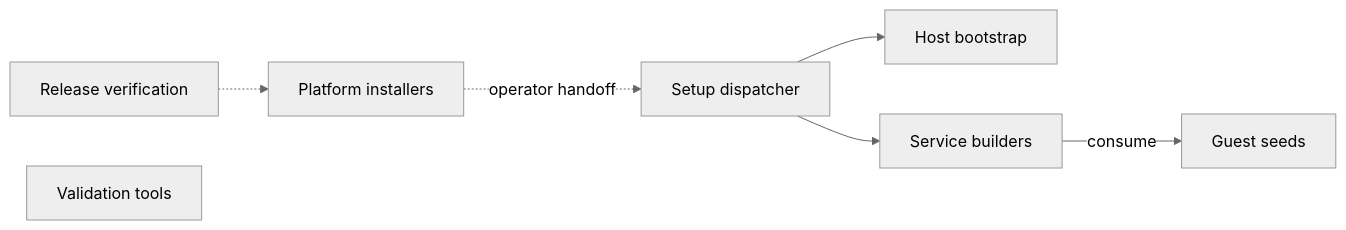
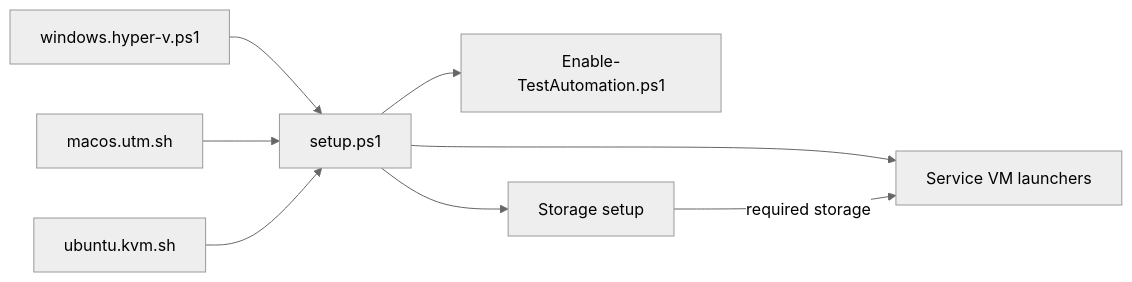
Before and after one commit to alissonsol/yuruna: the first of 7 diagrams in docs/design/02-component-breakdown.md, drawn with Mermaid (neutral theme). The commit also changed other lines of this file and 901 other files, not shown here.

````diff
--- a/docs/design/02-component-breakdown.md
+++ b/docs/design/02-component-breakdown.md
@@ -7,11 +12,17 @@
 ```mermaid
 flowchart LR
-  %% optional -- signed release verification is user selected
-  release-verification["Release verification"] -.-> platform-installers["Platform installers"]
-  %% optional -- the operator separately invokes guided post-install setup
-  platform-installers -.->|"operator handoff"| setup-dispatcher["Setup dispatcher"]
-  setup-dispatcher --> host-bootstrap["Host bootstrap"]
-  setup-dispatcher --> service-builders["Service builders"]
-  service-builders -->|"consume"| guest-seeds["Guest seeds"]
-  validation-tools["Validation tools"]
+    windows-hyper-v["windows.hyper-v.ps1"]
+    macos-utm["macos.utm.sh"]
+    ubuntu-kvm["ubuntu.kvm.sh"]
+    setup["setup.ps1"]
+    enable-test-automation["Enable-TestAutomation.ps1"]
+    test-lab["Storage setup"]
+    test-service["Service VM launchers"]
+    windows-hyper-v --> setup
+    macos-utm --> setup
+    ubuntu-kvm --> setup
+    setup --> enable-test-automation
+    setup --> test-lab
+    setup --> test-service
+    test-lab -->|required storage| test-service
 ```
````
